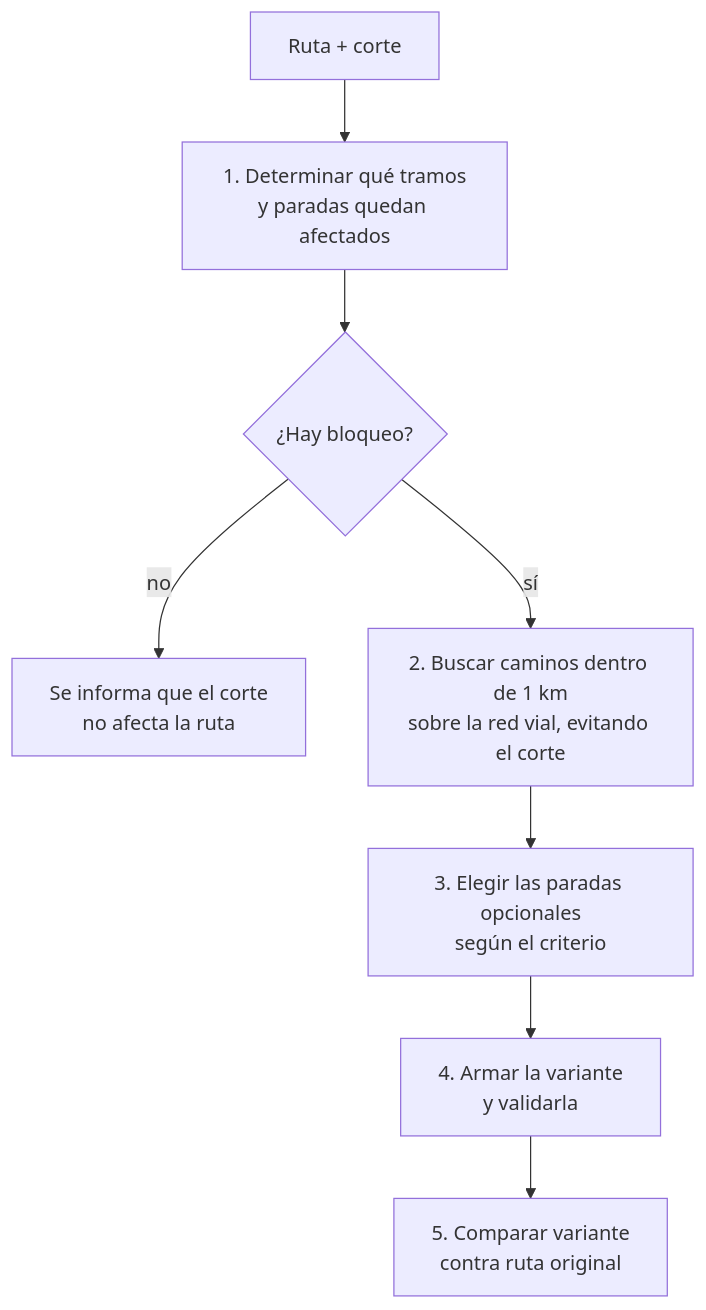
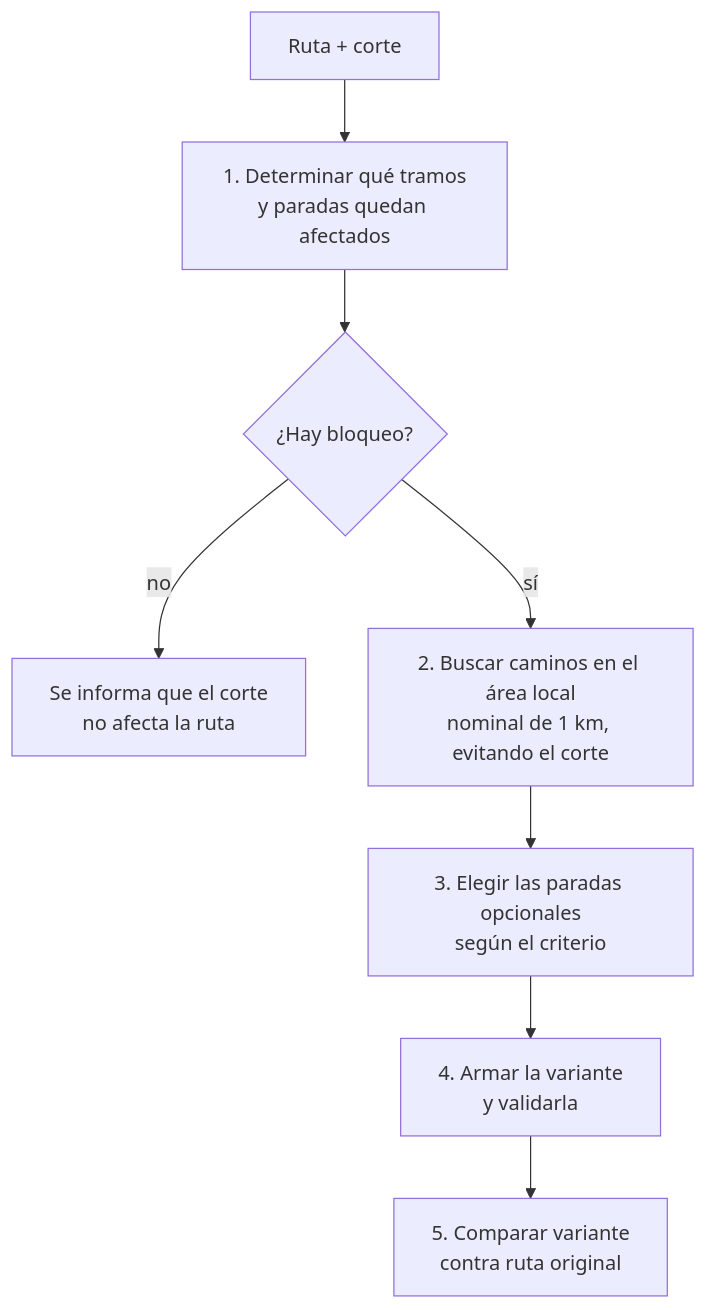
Before and after one commit to ManuelGarciaF/motor-vialis: the sixth of 10 diagrams in docs/arquitectura_motor.md, drawn with Mermaid. The commit also changed other lines of this file and 2 other files, not shown here.

````diff
--- a/docs/arquitectura_motor.md
+++ b/docs/arquitectura_motor.md
@@ -1400,10 +1399,10 @@
 ```mermaid
 flowchart TD
     IN["Ruta + corte"] --> HIT["1. Determinar qué tramos<br/>y paradas quedan afectados"]
     HIT --> NONE{"¿Hay bloqueo?"}
     NONE -- no --> SAME["Se informa que el corte<br/>no afecta la ruta"]
-    NONE -- sí --> REROUTE["2. Buscar caminos dentro de 1 km<br/>sobre la red vial, evitando el corte"]
+    NONE -- sí --> REROUTE["2. Buscar caminos en el área local<br/>nominal de 1 km, evitando el corte"]
     REROUTE --> DROP["3. Elegir las paradas opcionales<br/>según el criterio"]
     DROP --> VARIANT["4. Armar la variante<br/>y validarla"]
     VARIANT --> COMPARE["5. Comparar variante<br/>contra ruta original"]
 ```
````
